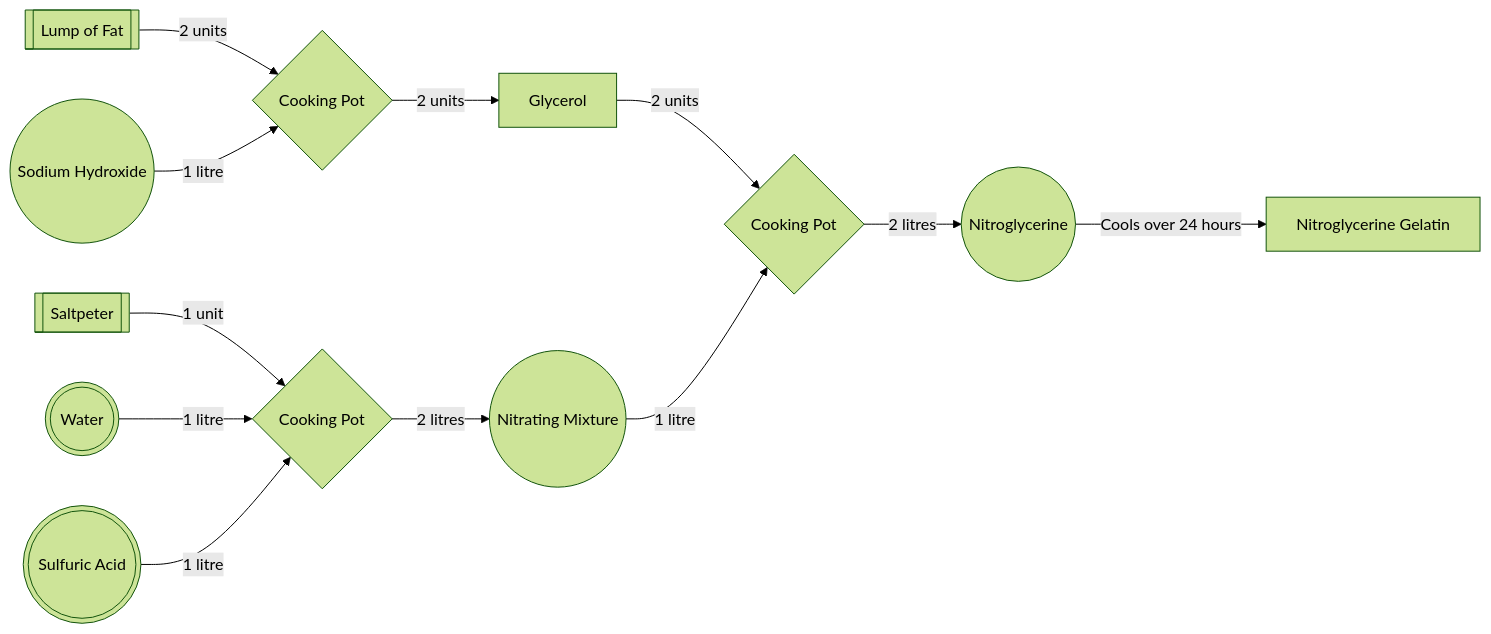
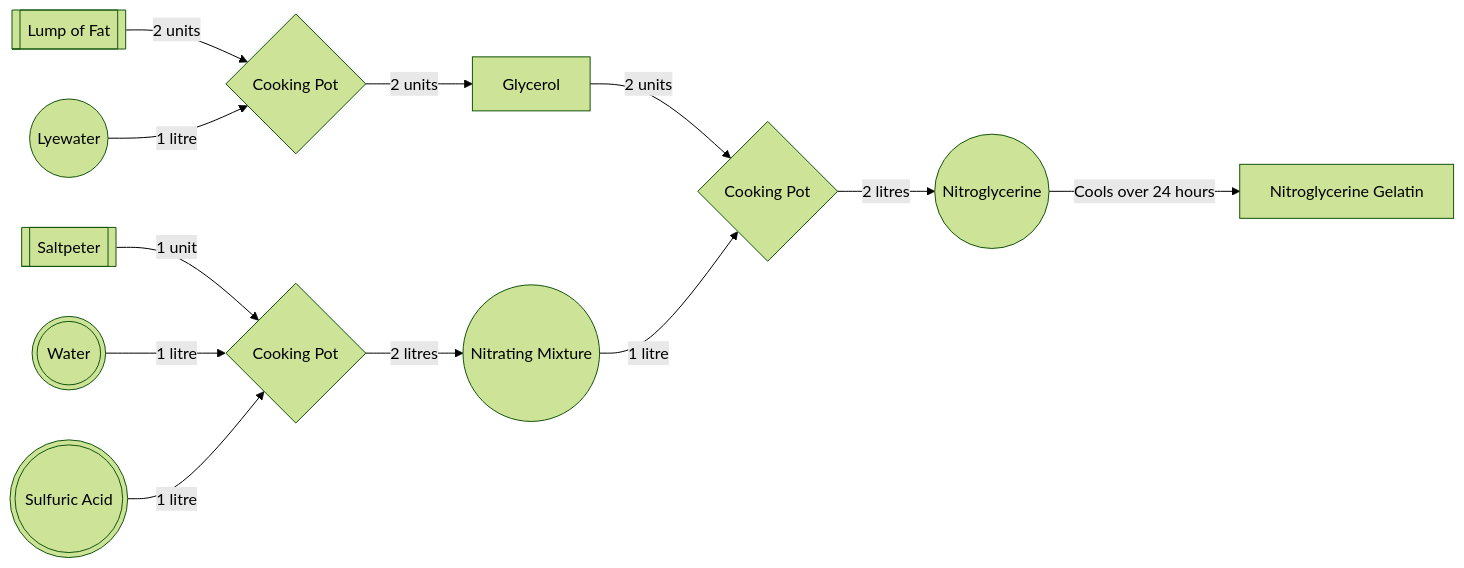
Before and after one commit to KesslerMentele/VintageStory-EnhancedFirearms: the second of 4 diagrams in README.md, drawn with Mermaid (forest theme). The commit also changed other lines of this file, not shown here.

````diff
--- a/README.md
+++ b/README.md
@@ -56,42 +52,42 @@
 ```mermaid
 flowchart LR
 %% Existing Items
     fat[[Lump of Fat]]
     saltpeter[[Saltpeter]]
 
 %% Existing Fluids
     water(((Water)))
     sulfuric(((Sulfuric Acid)))
     
 %% New Fluids
-    sodiumHydroxide((Sodium Hydroxide))
+    sodiumHydroxide((Lyewater))
     nitratingMix((Nitrating Mixture))
     nitroglycerine((Nitroglycerine))
     
     
 %% New Items
     glycerol[Glycerol]
     nitroJelly[Nitroglycerine Gelatin]
     
 %% Processing 
     cookFat{Cooking Pot}
     cookSalt{Cooking Pot}
     cookGlycerol{Cooking Pot}
 
 %% Ratios
     fat -- 2 units --> cookFat
     sodiumHydroxide -- 1 litre --> cookFat
     cookFat -- 2 units --> glycerol
     
     saltpeter -- 1 unit --> cookSalt
     water-- 1 litre --> cookSalt
     sulfuric -- 1 litre --> cookSalt
     cookSalt -- 2 litres --> nitratingMix
     
     glycerol -- 2 units --> cookGlycerol
     nitratingMix -- 1 litre --> cookGlycerol
     cookGlycerol -- 2 litres --> nitroglycerine
     
     nitroglycerine -- Cools over 24 hours--> nitroJelly
 
 ```
````
